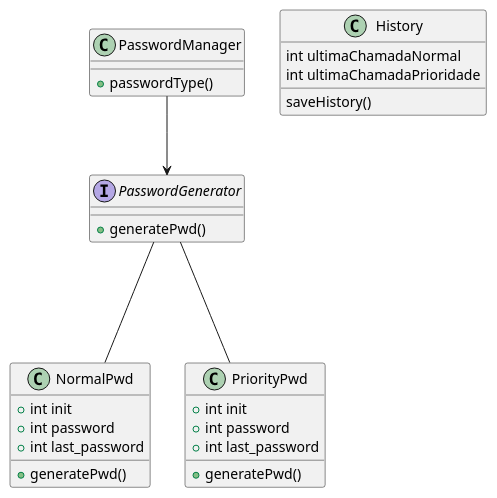
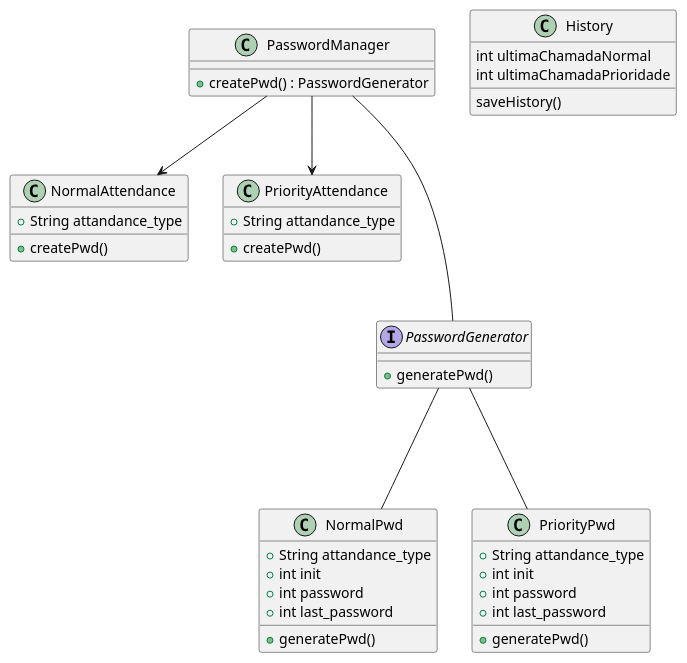
One commit to davieduardo94/attendance_pass_manager changed the diagram in schema_password_generator.plantuml. Above: the diagram before and after it, drawn with PlantUML.

Commit message:
schema update

```diff
--- a/schema_password_generator.plantuml
+++ b/schema_password_generator.plantuml
@@ -1,38 +1,55 @@
 @startuml Senha
 
 class PasswordManager {
-    +passwordType()
+    +createPwd() : PasswordGenerator
+}
+
+
+class NormalAttendance{
+    +String attandance_type
+    
+    +createPwd()
+}
+
+class PriorityAttendance{
+    +String attandance_type
+    
+    +createPwd()
 }
 
 interface PasswordGenerator{
     +generatePwd()
 }
 
 class NormalPwd{
+    +String attandance_type
     +int init
     +int password
     +int last_password
 
     +generatePwd()
 }
 
 class PriorityPwd {
+    +String attandance_type
     +int init
     +int password
     +int last_password
 
     +generatePwd()
 }
 
 class History{
     int ultimaChamadaNormal
     int ultimaChamadaPrioridade
 
     saveHistory()
 }
 
 PasswordGenerator --- NormalPwd
 PasswordGenerator --- PriorityPwd
-PasswordManager --> PasswordGenerator
+PasswordManager --- PasswordGenerator
+PasswordManager --> NormalAttendance
+PasswordManager --> PriorityAttendance
 
 @enduml
```
